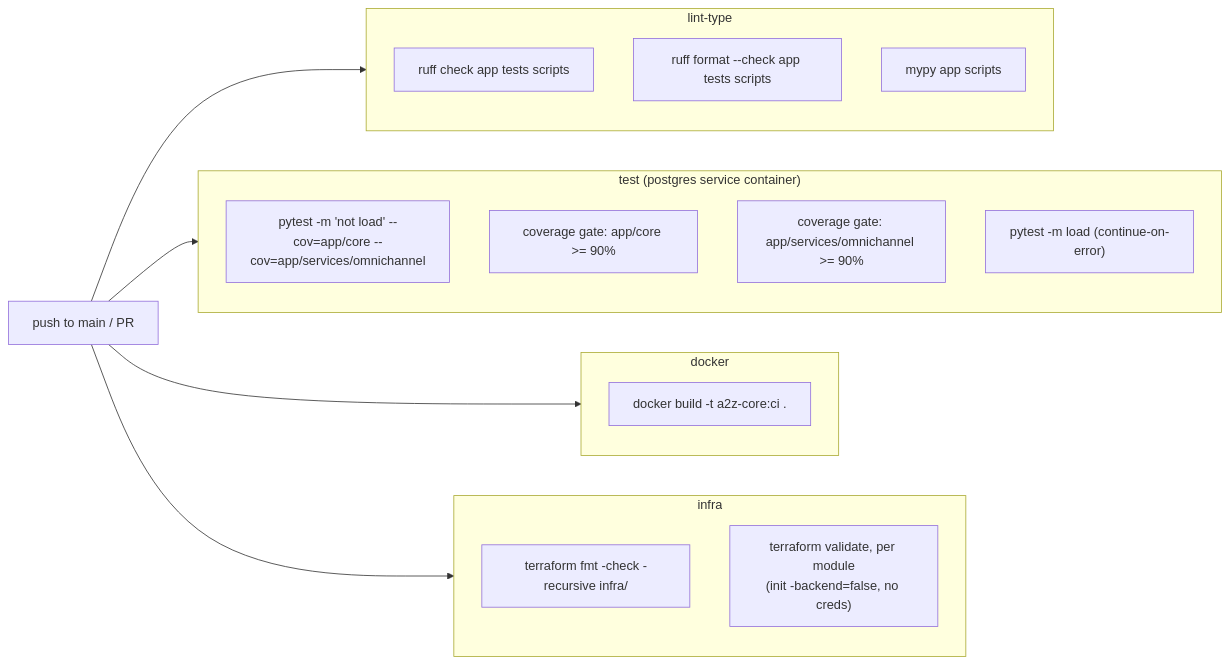
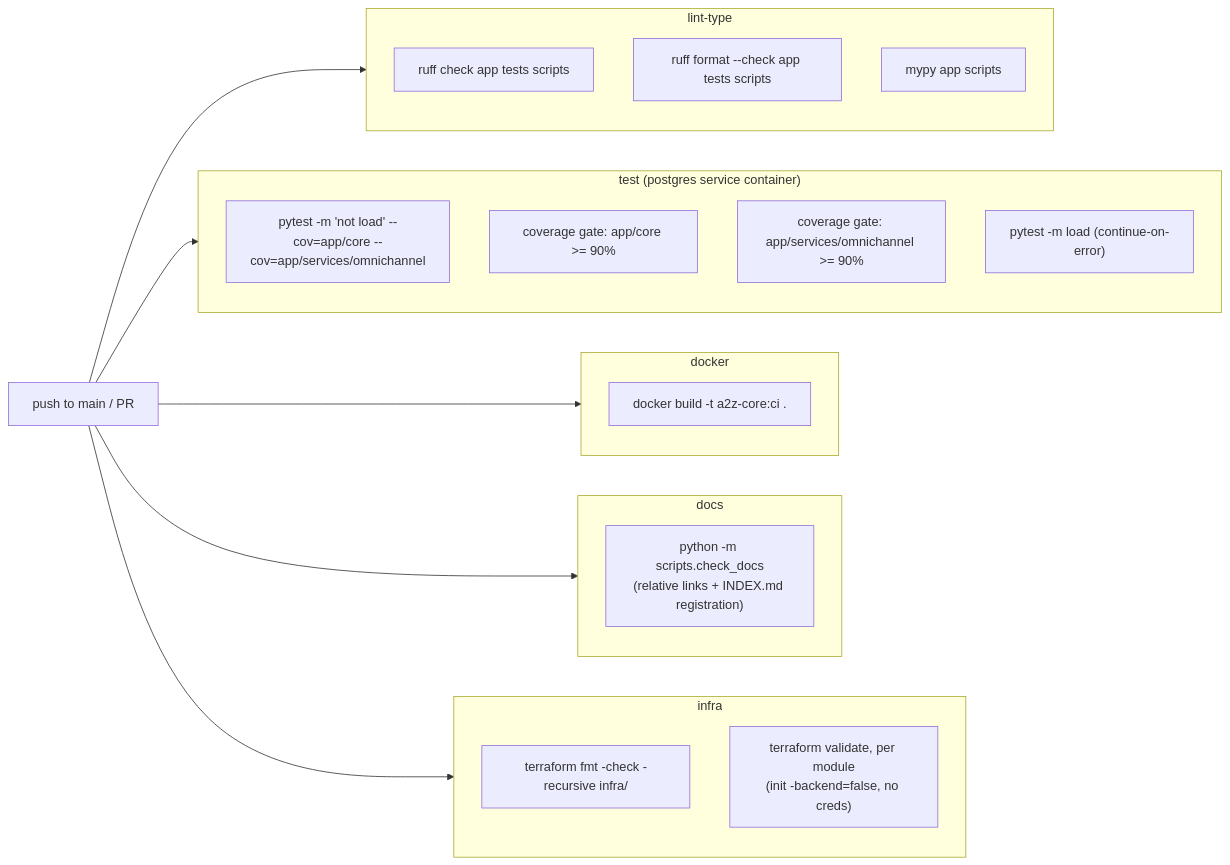
One commit to RafaelOjeda/A2Z-Core changed the diagram in docs/ci-cd.md. Above: the diagram before and after it, drawn with Mermaid. The commit also changed other lines of this file and 39 other files, not shown here.

First line of the commit message:
docs: add master index, authority banners, and CI doc-integrity check

````diff
--- a/docs/ci-cd.md
+++ b/docs/ci-cd.md
@@ -7,26 +8,30 @@
 ```mermaid
 flowchart LR
     Push["push to main / PR"] --> Lint["lint-type"]
     Push --> Test["test"]
     Push --> Docker["docker (needs: lint-type)"]
+    Push --> Docs["docs"]
     Push --> Infra["infra"]
 
     subgraph Lint["lint-type"]
         L1["ruff check app tests scripts"]
         L2["ruff format --check app tests scripts"]
         L3["mypy app scripts"]
     end
     subgraph Test["test (postgres service container)"]
         T1["pytest -m 'not load' --cov=app/core --cov=app/services/omnichannel"]
         T2["coverage gate: app/core >= 90%"]
         T3["coverage gate: app/services/omnichannel >= 90%"]
         T4["pytest -m load (continue-on-error)"]
     end
     subgraph Docker["docker"]
         D1["docker build -t a2z-core:ci ."]
     end
+    subgraph Docs["docs"]
+        DC1["python -m scripts.check_docs\n(relative links + INDEX.md registration)"]
+    end
     subgraph Infra["infra"]
         I1["terraform fmt -check -recursive infra/"]
         I2["terraform validate, per module\n(init -backend=false, no creds)"]
     end
 ```
````
